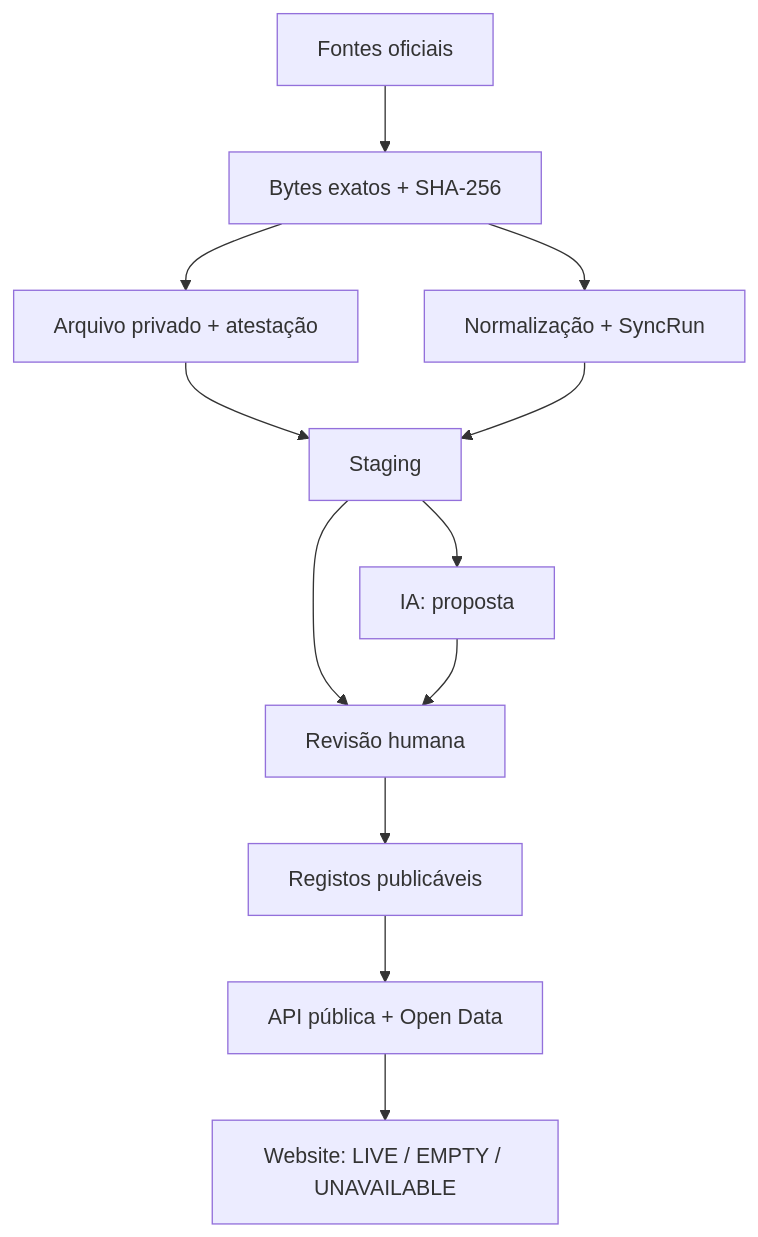
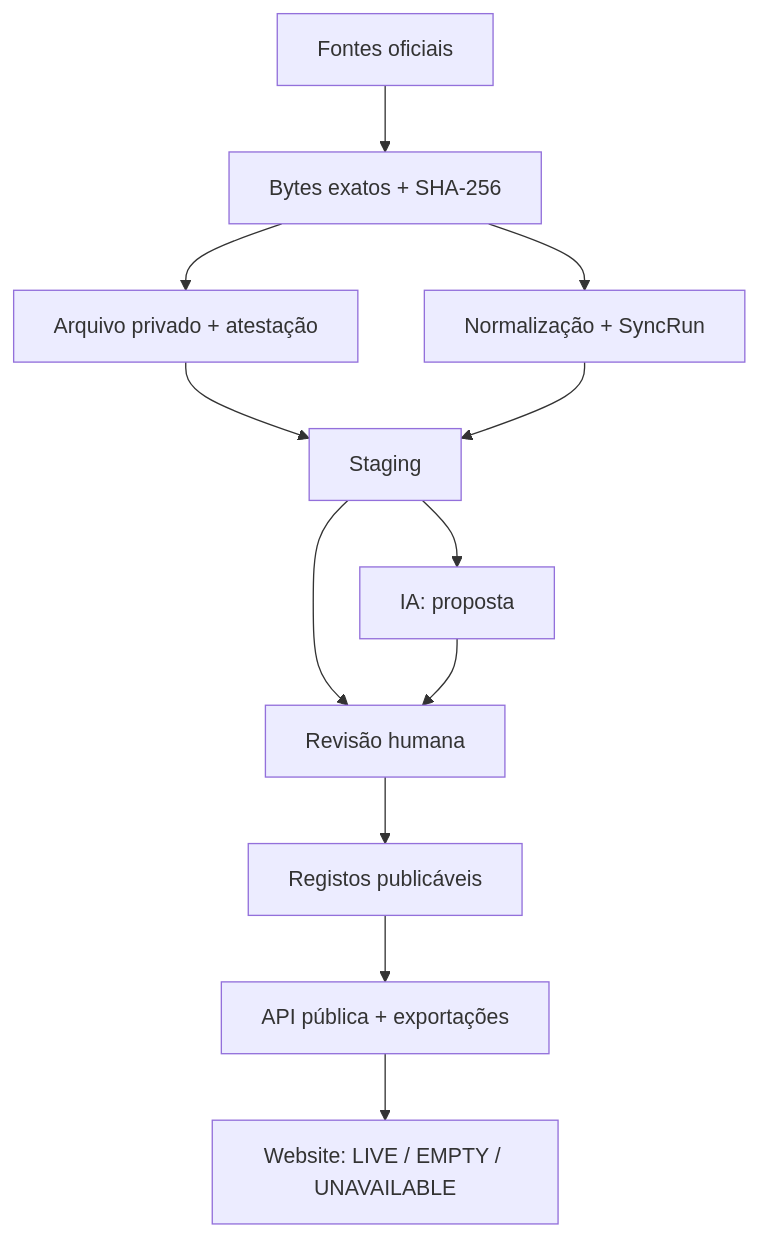
Before and after one commit to DxMaxi/transparencia-total-open-source: the diagram in README.md, drawn with Mermaid. The commit also changed other lines of this file and 13 other files, not shown here.

````diff
--- a/README.md
+++ b/README.md
@@ -95,14 +100,14 @@
 ```mermaid
 flowchart TD
   A["Fontes oficiais"] --> B["Bytes exatos + SHA-256"]
   B --> C["Arquivo privado + atestação"]
   B --> D["Normalização + SyncRun"]
   C --> E["Staging"]
   D --> E
   E --> F["Revisão humana"]
   F --> G["Registos publicáveis"]
-  G --> H["API pública + Open Data"]
+  G --> H["API pública + exportações"]
   H --> I["Website: LIVE / EMPTY / UNAVAILABLE"]
   E --> J["IA: proposta"]
   J --> F
 ```
````
